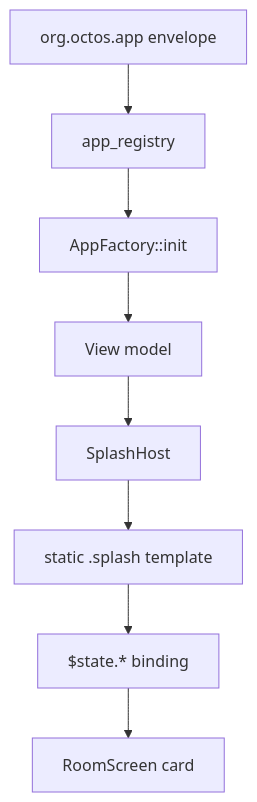
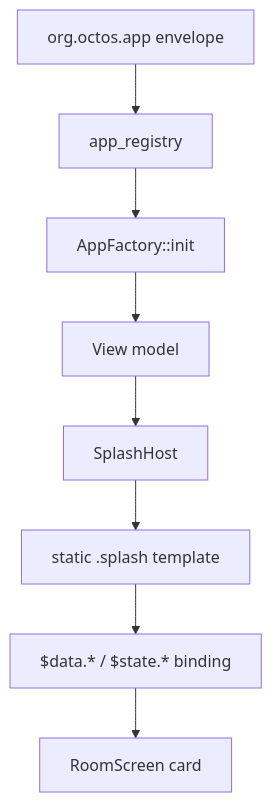
One commit to ZhangHanDong/makepad changed the third of 3 diagrams in examples/aichat/specs/agent2app-book/src/06-rendering-and-templates.md. Above: the diagram before and after it, drawn with Mermaid. The commit also changed other lines of this file and 37 other files, not shown here.

````diff
--- a/examples/aichat/specs/agent2app-book/src/06-rendering-and-templates.md
+++ b/examples/aichat/specs/agent2app-book/src/06-rendering-and-templates.md
@@ -54,11 +79,11 @@
 ```mermaid
 flowchart TD
     E[org.octos.app envelope]
     E --> R[app_registry]
     R --> F[AppFactory::init]
     F --> VM[View model]
     VM --> SH[SplashHost]
     SH --> T[static .splash template]
-    T --> B["$state.* binding"]
+    T --> B["$data.* / $state.* binding"]
     B --> C[RoomScreen card]
 ```
````
